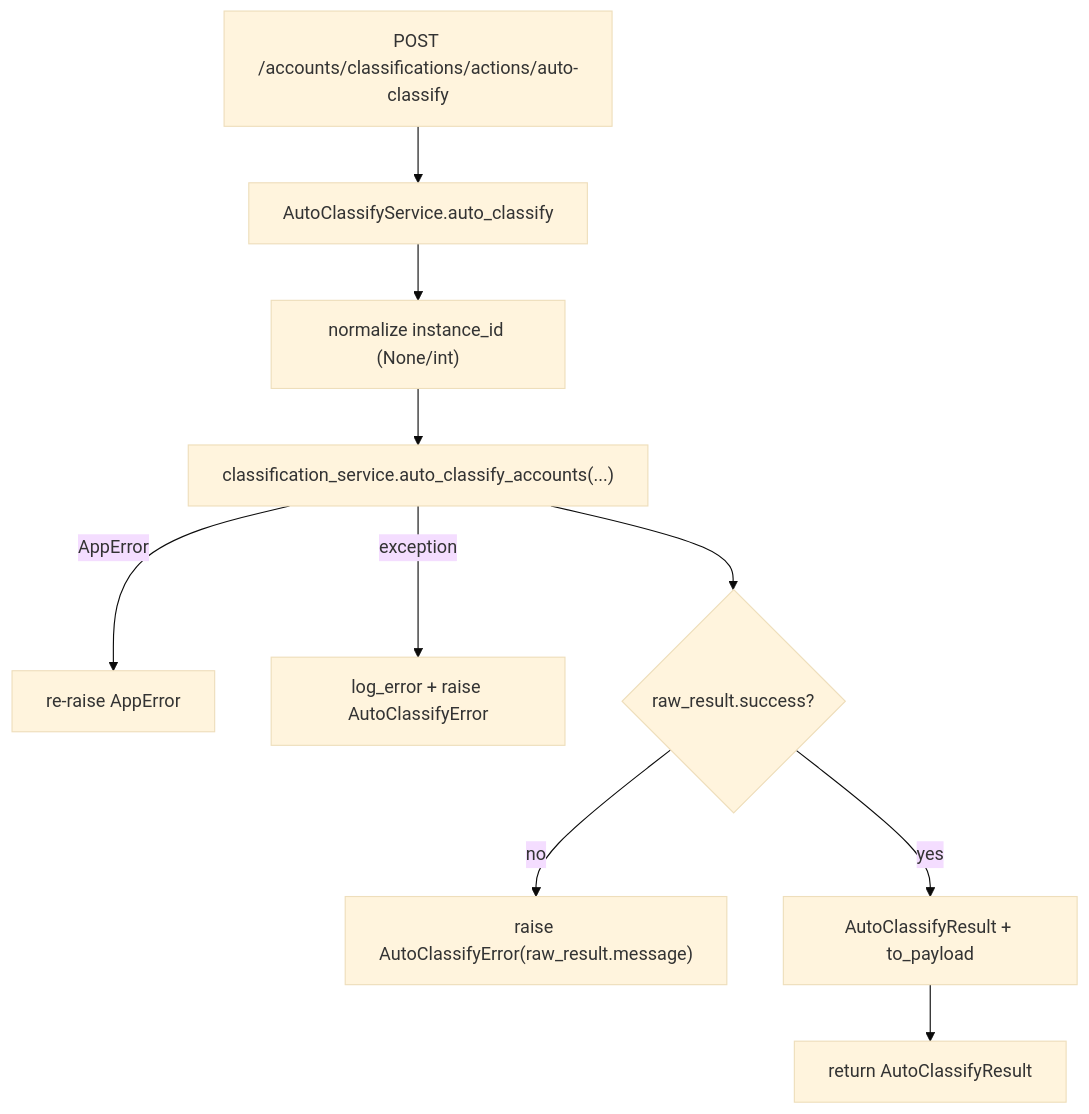
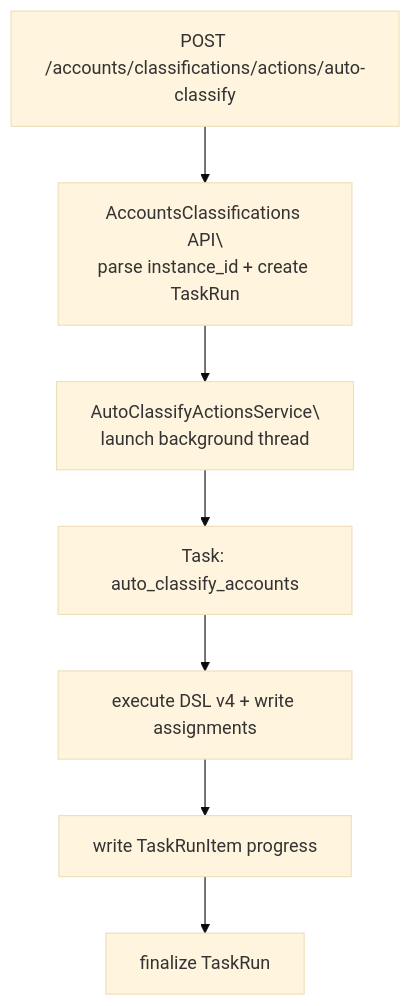
One commit to nyealovey/WhaleFall changed the diagram in docs/Obsidian/reference/service/auto-classify-service.md. Above: the diagram before and after it, drawn with Mermaid (base theme). The commit also changed other lines of this file and 42 other files, not shown here.

````diff
--- a/docs/Obsidian/reference/service/auto-classify-service.md
+++ b/docs/Obsidian/reference/service/auto-classify-service.md
@@ -72,12 +58,9 @@
 ```mermaid
 flowchart TB
-    A["POST /accounts/classifications/actions/auto-classify"] --> S["AutoClassifyService.auto_classify"]
-    S --> N["normalize instance_id (None/int)"]
-    N --> O["classification_service.auto_classify_accounts(...)"]
-    O -->|AppError| E1["re-raise AppError"]
-    O -->|exception| E2["log_error + raise AutoClassifyError"]
-    O --> R{raw_result.success?}
-    R -->|no| E3["raise AutoClassifyError(raw_result.message)"]
-    R -->|yes| Build["AutoClassifyResult + to_payload"]
-    Build --> OK["return AutoClassifyResult"]
+    A["POST /accounts/classifications/actions/auto-classify"] --> API["AccountsClassifications API\\nparse instance_id + create TaskRun"]
+    API --> Act["AutoClassifyActionsService\\nlaunch background thread"]
+    Act --> Task["Task: auto_classify_accounts"]
+    Task --> Run["execute DSL v4 + write assignments"]
+    Run --> Progress["write TaskRunItem progress"]
+    Progress --> Final["finalize TaskRun"]
 ```
````
